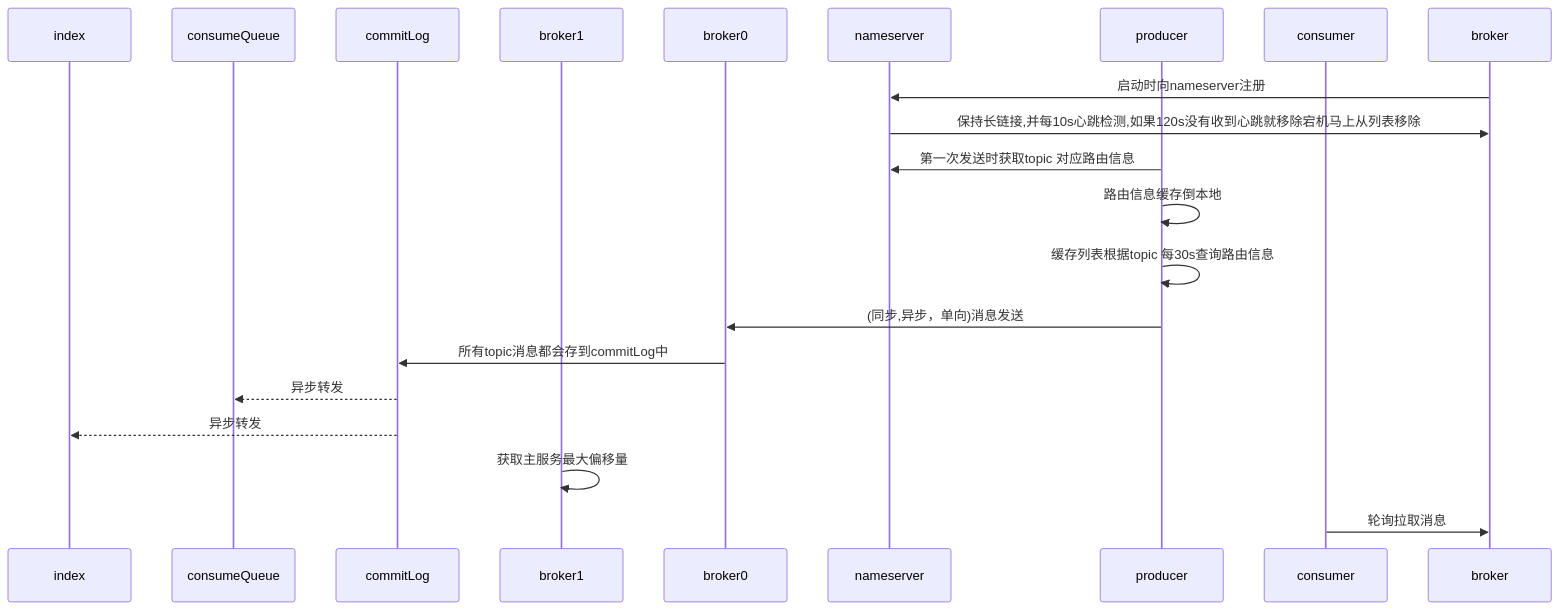
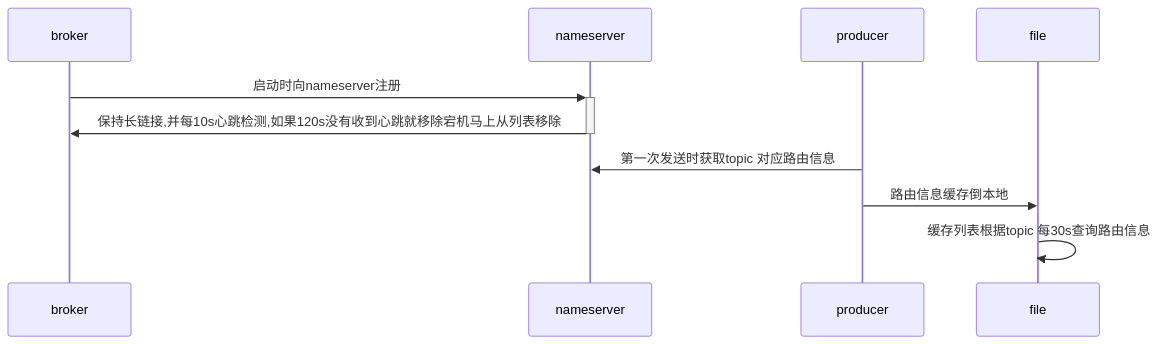
The second of 4 diagrams in rocket.md (lwx-fly/review), drawn with Mermaid before and after one commit. The commit also changed other lines of this file, not shown here.

Commit message:
update rocket

````diff
--- a/rocket.md
+++ b/rocket.md
@@ -1,31 +9,14 @@
 ```mermaid
 sequenceDiagram
-
-
-    participant index
-    participant consumeQueue 
-    participant commitLog
-    
-    participant broker1
-    participant broker0 
-  
+    participant broker
     participant nameserver
     participant producer
-    participant consumer
 
-    broker->>nameserver:启动时向nameserver注册
-    nameserver->>broker:保持长链接,并每10s心跳检测,如果120s没有收到心跳就移除宕机马上从列表移除
+    broker->>+nameserver:启动时向nameserver注册
+    nameserver->>-broker:保持长链接,并每10s心跳检测,如果120s没有收到心跳就移除宕机马上从列表移除
 
     producer->>nameserver:第一次发送时获取topic 对应路由信息
-    producer->>producer: 路由信息缓存倒本地
-    producer->>producer: 缓存列表根据topic 每30s查询路由信息
-    producer->>broker0:(同步,异步，单向)消息发送
-    broker0->>commitLog:所有topic消息都会存到commitLog中
-    commitLog-->>consumeQueue:异步转发
-    commitLog-->>index :异步转发 
-    
-    broker1->>broker1:获取主服务最大偏移量
-    
-    consumer->>broker:轮询拉取消息
+    producer->>file: 路由信息缓存倒本地
+    file->>file: 缓存列表根据topic 每30s查询路由信息
 
 ```
````
